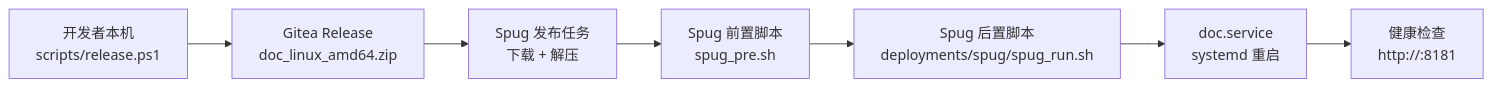
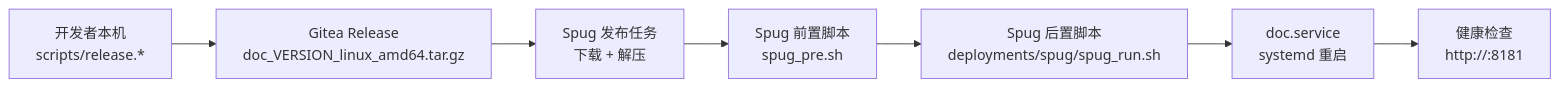
The diagram in docs/deploy-spug-local.md (astrueus/doc), drawn with Mermaid before and after one commit. The commit also changed other lines of this file and 10 other files, not shown here.

First line of the commit message:
feat(release): 补齐 Linux 发版脚本与 JSON 解析，并同步包格式文档

````diff
--- a/docs/deploy-spug-local.md
+++ b/docs/deploy-spug-local.md
@@ -15,9 +15,9 @@
 ```mermaid
 flowchart LR
-    A[开发者本机<br/>scripts/release.ps1] --> B[Gitea Release<br/>doc_linux_amd64.zip]
+    A[开发者本机<br/>scripts/release.*] --> B[Gitea Release<br/>doc_VERSION_linux_amd64.tar.gz]
     B --> C[Spug 发布任务<br/>下载 + 解压]
     C --> D[Spug 前置脚本<br/>spug_pre.sh]
     D --> E[Spug 后置脚本<br/>deployments/spug/spug_run.sh]
     E --> F[doc.service<br/>systemd 重启]
     F --> G[健康检查<br/>http://:8181]
 ```
````
